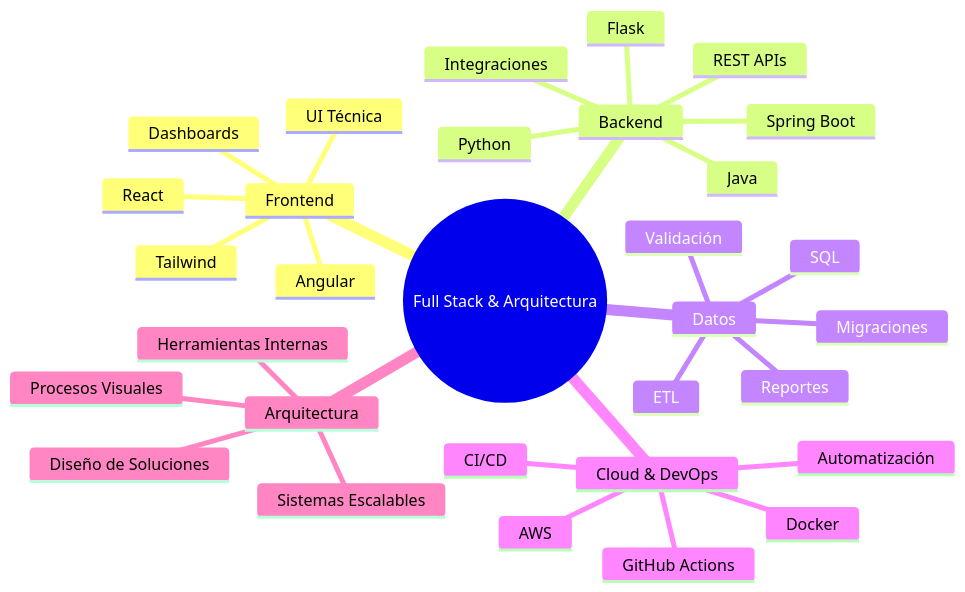
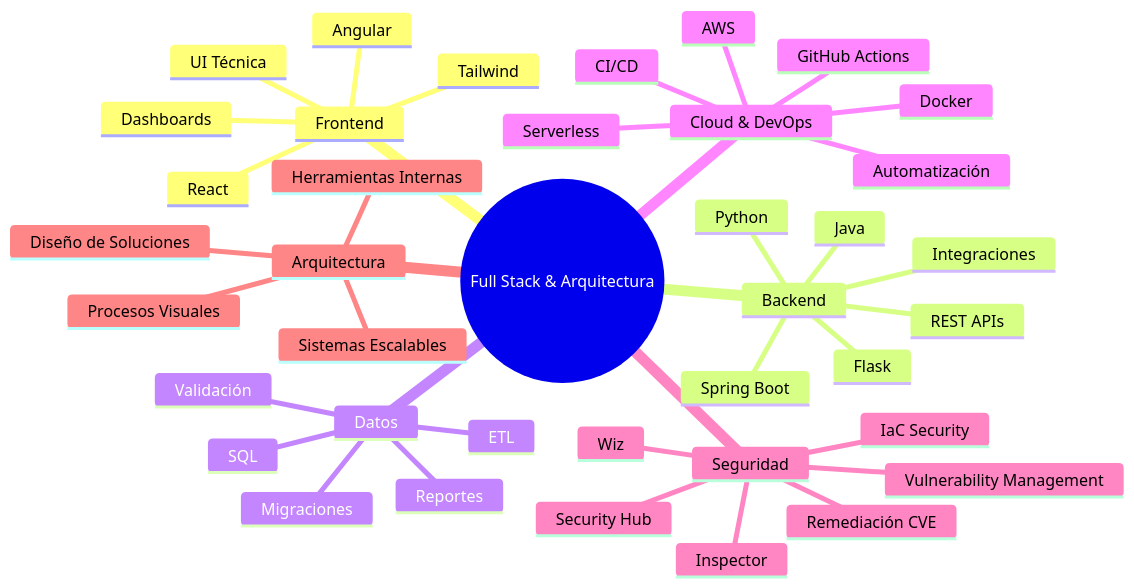
The first of 2 diagrams in README.md (ygaleote/ygaleote), drawn with Mermaid before and after one commit. The commit also changed other lines of this file, not shown here.

Commit message:
Agregar experiencia de seguridad cloud al README de perfil

````diff
--- a/README.md
+++ b/README.md
@@ -25,34 +27,42 @@
 ```mermaid
 mindmap
   root((Full Stack & Arquitectura))
     Frontend
       React
       Angular
       Tailwind
       Dashboards
       UI Técnica
     Backend
       Java
       Spring Boot
       Python
       Flask
       REST APIs
       Integraciones
     Datos
       SQL
       ETL
       Migraciones
       Validación
       Reportes
     Cloud & DevOps
       AWS
+      Serverless
       Docker
       GitHub Actions
       CI/CD
       Automatización
+    Seguridad
+      Remediación CVE
+      Vulnerability Management
+      IaC Security
+      Security Hub
+      Inspector
+      Wiz
     Arquitectura
       Diseño de Soluciones
       Sistemas Escalables
       Herramientas Internas
       Procesos Visuales
 ```
````
